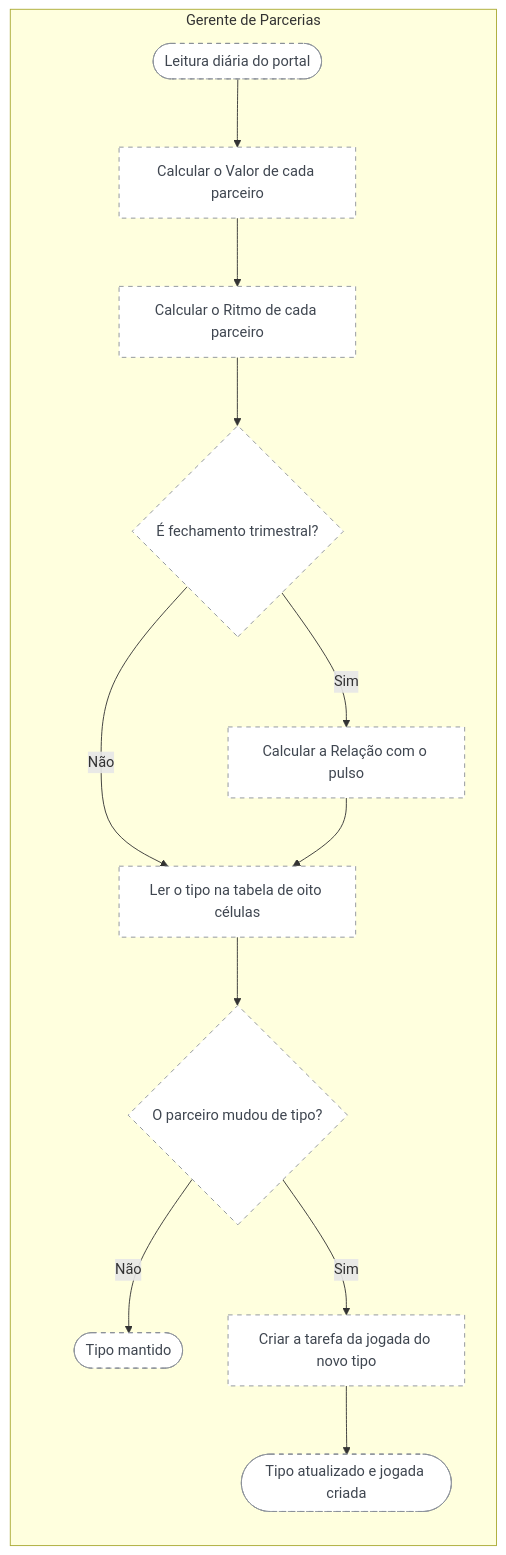
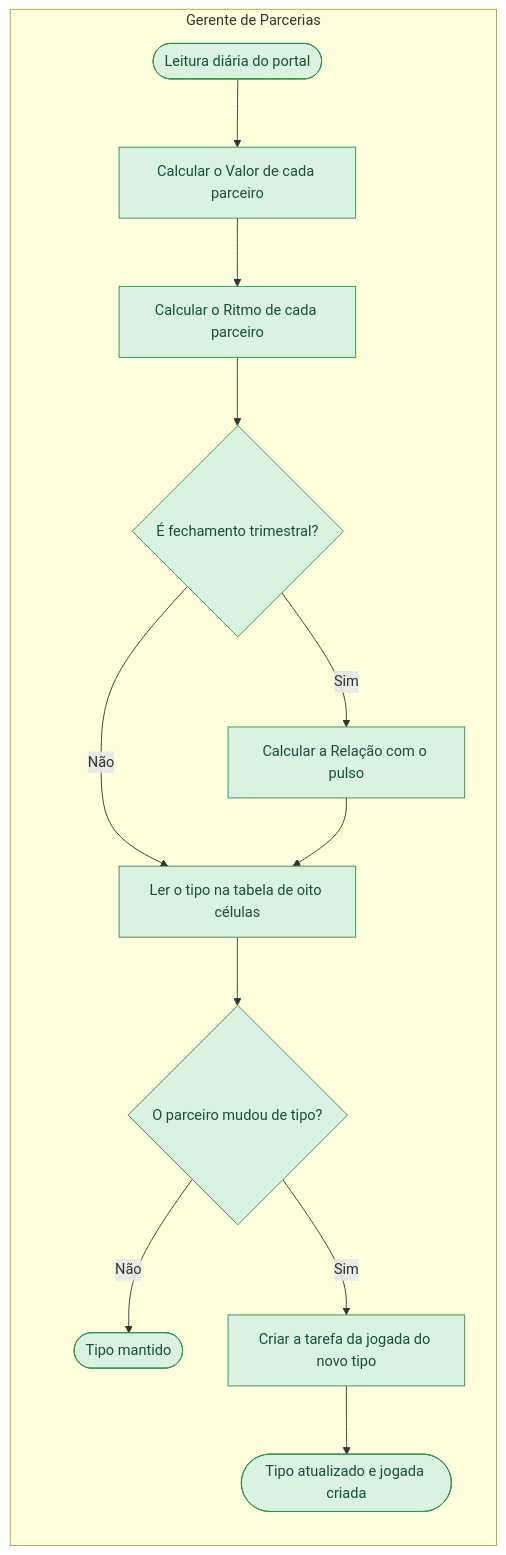
Before and after one commit to Guilherme-MFaccin/Wise-Partners: the diagram in mapeamentos/wise-partners-to-be/saidas/mermaid/fluxo-3-2-classificar-os-parceiros-no-cubo.mmd, drawn with Mermaid. The commit also changed 66 other files, not shown here.

```diff
--- a/mapeamentos/wise-partners-to-be/saidas/mermaid/fluxo-3-2-classificar-os-parceiros-no-cubo.mmd
+++ b/mapeamentos/wise-partners-to-be/saidas/mermaid/fluxo-3-2-classificar-os-parceiros-no-cubo.mmd
@@ -1,27 +1,27 @@
 flowchart LR
     classDef confirmado fill:#D9F2E1,stroke:#2F8F4E,color:#14532D
     classDef declarado fill:#FFF3C4,stroke:#B8860B,color:#5C4300
     classDef hipotese fill:#FFFFFF,stroke:#8A9099,color:#3F4650,stroke-dasharray: 5 5
     classDef contestado fill:#FDE2E1,stroke:#C53030,color:#7F1D1D
     subgraph raia_PA_01 ["Gerente de Parcerias"]
-      n_i1(["Leitura diária do portal"]):::hipotese
-      n_t1["Calcular o Valor de cada parceiro"]:::hipotese
-      n_t2["Calcular o Ritmo de cada parceiro"]:::hipotese
-      n_g1{"É fechamento trimestral?"}:::hipotese
-      n_t3["Calcular a Relação com o pulso"]:::hipotese
-      n_t4["Ler o tipo na tabela de oito células"]:::hipotese
-      n_g2{"O parceiro mudou de tipo?"}:::hipotese
-      n_t5["Criar a tarefa da jogada do novo tipo"]:::hipotese
-      n_f1(["Tipo mantido"]):::hipotese
-      n_f2(["Tipo atualizado e jogada criada"]):::hipotese
+      n_i1(["Leitura diária do portal"]):::confirmado
+      n_t1["Calcular o Valor de cada parceiro"]:::confirmado
+      n_t2["Calcular o Ritmo de cada parceiro"]:::confirmado
+      n_g1{"É fechamento trimestral?"}:::confirmado
+      n_t3["Calcular a Relação com o pulso"]:::confirmado
+      n_t4["Ler o tipo na tabela de oito células"]:::confirmado
+      n_g2{"O parceiro mudou de tipo?"}:::confirmado
+      n_t5["Criar a tarefa da jogada do novo tipo"]:::confirmado
+      n_f1(["Tipo mantido"]):::confirmado
+      n_f2(["Tipo atualizado e jogada criada"]):::confirmado
     end
     n_i1 --> n_t1
     n_t1 --> n_t2
     n_t2 --> n_g1
     n_g1 -->|Sim| n_t3
     n_g1 -->|Não| n_t4
     n_t3 --> n_t4
     n_t4 --> n_g2
     n_g2 -->|Não| n_f1
     n_g2 -->|Sim| n_t5
     n_t5 --> n_f2
```
